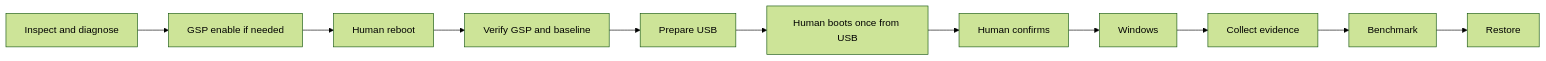
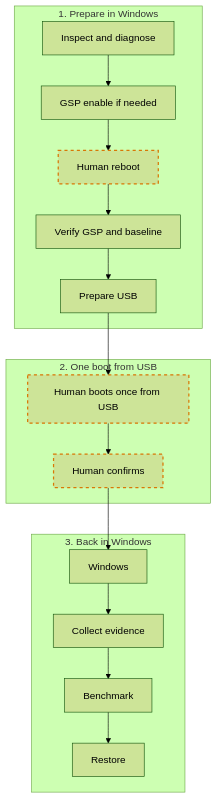
One commit to onside-lab/rtx-2080-ti-11gb-turing-unlock-windows-kit changed the diagram in README.md. Above: the diagram before and after it, drawn with Mermaid (forest theme).

Commit message:
Redraw the How it works diagram top-to-bottom

````diff
--- a/README.md
+++ b/README.md
@@ -79,13 +79,25 @@
 ```mermaid
-flowchart LR
-    A[Inspect and diagnose] --> B[GSP enable if needed]
-    B --> C[Human reboot]
-    C --> D[Verify GSP and baseline]
-    D --> E[Prepare USB]
-    E --> F[Human boots once from USB]
-    F --> G[Human confirms]
-    G --> H[Windows]
-    H --> I[Collect evidence]
-    I --> J[Benchmark]
-    J --> K[Restore]
+flowchart TD
+    subgraph S1["1. Prepare in Windows"]
+        A[Inspect and diagnose] --> B[GSP enable if needed]
+        B --> C[Human reboot]
+        C --> D[Verify GSP and baseline]
+        D --> E[Prepare USB]
+    end
+
+    subgraph S2["2. One boot from USB"]
+        F[Human boots once from USB] --> G[Human confirms]
+    end
+
+    subgraph S3["3. Back in Windows"]
+        H[Windows] --> I[Collect evidence]
+        I --> J[Benchmark]
+        J --> K[Restore]
+    end
+
+    E --> F
+    G --> H
+
+    classDef human stroke:#d97706,stroke-width:2px,stroke-dasharray: 5 5
+    class C,F,G human
 ```
````
